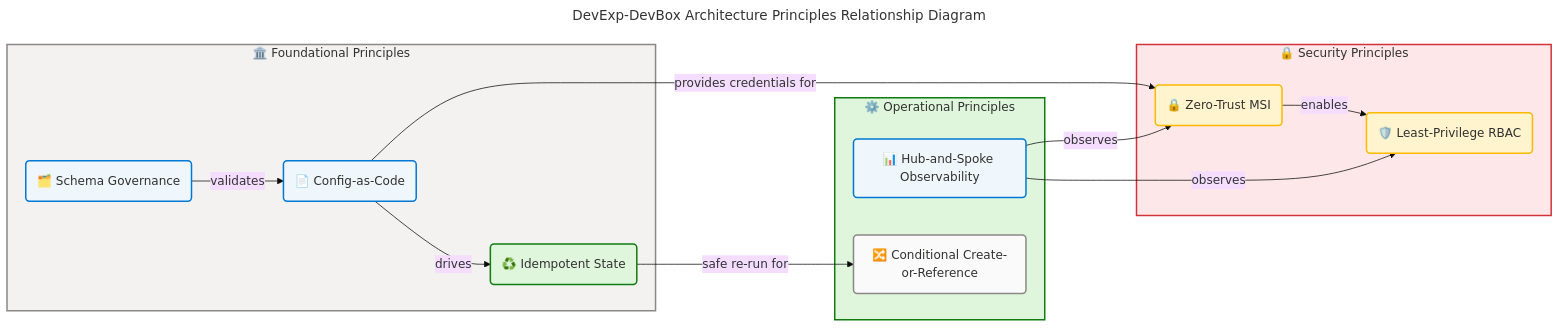
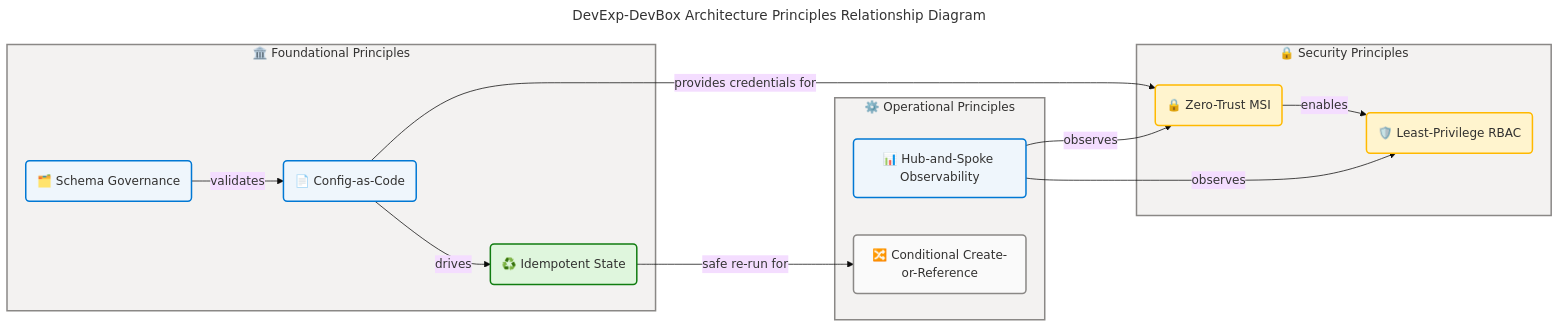
Before and after one commit to Evilazaro/DevExp-DevBox: the fourth of 7 diagrams in docs/architecture/application-architecture.md, drawn with Mermaid. The commit also changed other lines of this file, not shown here.

Commit message:
refactor: Update Mermaid diagram styles for improved visual consistency in application architecture

````diff
--- a/docs/architecture/application-architecture.md
+++ b/docs/architecture/application-architecture.md
@@ -588,60 +588,60 @@
 ```mermaid
 ---
 title: "DevExp-DevBox Architecture Principles Relationship Diagram"
 config:
   theme: base
   look: classic
   layout: dagre
   themeVariables:
     fontSize: '16px'
   flowchart:
     htmlLabels: true
 ---
 flowchart LR
     accTitle: DevExp-DevBox Architecture Principles Relationship Diagram
     accDescr: Shows relationships between architecture principles and the foundational principles they depend on
 
 %% ═══════════════════════════════════════════════════════════════════════════
 %% AZURE / FLUENT ARCHITECTURE PATTERN v1.1
 %% (Semantic + Structural + Font + Accessibility Governance)
 %% ═══════════════════════════════════════════════════════════════════════════
 %% PHASE 1 - FLUENT UI: All styling uses approved Fluent UI palette only
 %% PHASE 2 - GROUPS: Every subgraph has semantic color via style directive
 %% PHASE 3 - COMPONENTS: Every node has semantic classDef + icon prefix
 %% PHASE 4 - ACCESSIBILITY: accTitle/accDescr present, WCAG AA contrast
 %% PHASE 5 - STANDARD: Governance block present, classDefs centralized
 %% ═══════════════════════════════════════════════════════════════════════════
 
     subgraph Foundation["🏛️ Foundational Principles"]
         CaC("📄 Config-as-Code"):::core
         SchemaGov("🗂️ Schema Governance"):::core
         Idempotent("♻️ Idempotent State"):::success
     end
 
     subgraph Security["🔒 Security Principles"]
         ZeroTrust("🔒 Zero-Trust MSI"):::warning
         LeastPriv("🛡️ Least-Privilege RBAC"):::warning
     end
 
     subgraph Operational["⚙️ Operational Principles"]
         HubSpoke("📊 Hub-and-Spoke Observability"):::core
         CondCreate("🔀 Conditional Create-or-Reference"):::neutral
     end
 
     SchemaGov -->|"validates"| CaC
     CaC -->|"drives"| Idempotent
     ZeroTrust -->|"enables"| LeastPriv
     CaC -->|"provides credentials for"| ZeroTrust
     Idempotent -->|"safe re-run for"| CondCreate
     HubSpoke -->|"observes"| ZeroTrust
     HubSpoke -->|"observes"| LeastPriv
 
     style Foundation fill:#F3F2F1,stroke:#8A8886,stroke-width:2px,color:#323130
-    style Security fill:#FDE7E9,stroke:#D13438,stroke-width:2px,color:#323130
-    style Operational fill:#DFF6DD,stroke:#107C10,stroke-width:2px,color:#323130
+    style Security fill:#F3F2F1,stroke:#8A8886,stroke-width:2px,color:#323130
+    style Operational fill:#F3F2F1,stroke:#8A8886,stroke-width:2px,color:#323130
 
     classDef neutral fill:#FAFAFA,stroke:#8A8886,stroke-width:2px,color:#323130
     classDef core fill:#EFF6FC,stroke:#0078D4,stroke-width:2px,color:#323130
     classDef success fill:#DFF6DD,stroke:#107C10,stroke-width:2px,color:#323130
     classDef warning fill:#FFF4CE,stroke:#FFB900,stroke-width:2px,color:#323130
 ```
````
